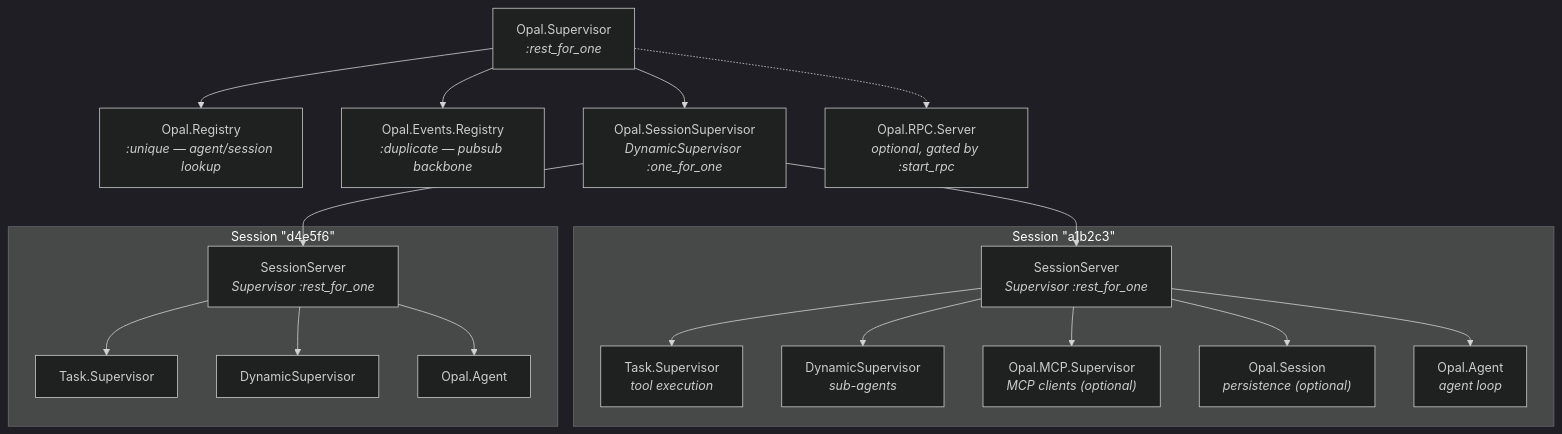
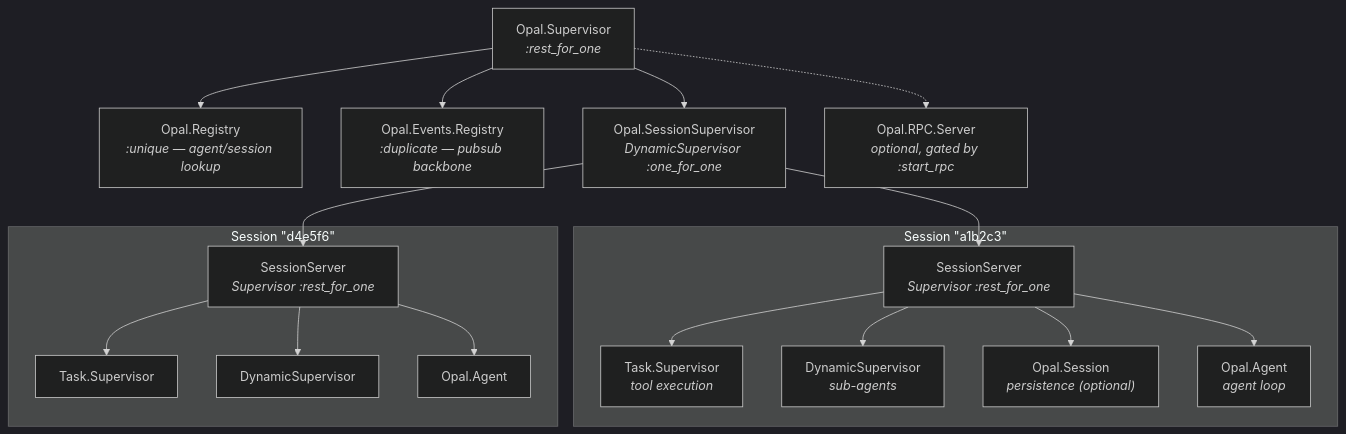
Before and after one commit to matteing/opal: the first of 10 diagrams in docs/supervision.md, drawn with Mermaid (dark theme). The commit also changed other lines of this file and 52 other files, not shown here.

````diff
--- a/docs/supervision.md
+++ b/docs/supervision.md
@@ -13,40 +13,38 @@
 ```mermaid
 graph TD
     OpalSup["Opal.Supervisor<br/><i>:rest_for_one</i>"]
     AgentRegistry["Opal.Registry<br/><i>:unique — agent/session lookup</i>"]
     Registry["Opal.Events.Registry<br/><i>:duplicate — pubsub backbone</i>"]
     SessionSup["Opal.SessionSupervisor<br/><i>DynamicSupervisor :one_for_one</i>"]
     Stdio["Opal.RPC.Server<br/><i>optional, gated by :start_rpc</i>"]
 
     OpalSup --> AgentRegistry
     OpalSup --> Registry
     OpalSup --> SessionSup
     OpalSup -.-> Stdio
 
     subgraph session_a["Session &quot;a1b2c3&quot;"]
         SSA["SessionServer<br/><i>Supervisor :rest_for_one</i>"]
         TSA["Task.Supervisor<br/><i>tool execution</i>"]
         DSA["DynamicSupervisor<br/><i>sub-agents</i>"]
-        MCPA["Opal.MCP.Supervisor<br/><i>MCP clients (optional)</i>"]
         SesA["Opal.Session<br/><i>persistence (optional)</i>"]
         AgentA["Opal.Agent<br/><i>agent loop</i>"]
         SSA --> TSA
         SSA --> DSA
-        SSA --> MCPA
         SSA --> SesA
         SSA --> AgentA
     end
 
     subgraph session_b["Session &quot;d4e5f6&quot;"]
         SSB["SessionServer<br/><i>Supervisor :rest_for_one</i>"]
         TSB["Task.Supervisor"]
         DSB["DynamicSupervisor"]
         AgentB["Opal.Agent"]
         SSB --> TSB
         SSB --> DSB
         SSB --> AgentB
     end
 
     SessionSup --> SSA
     SessionSup --> SSB
 ```
````
